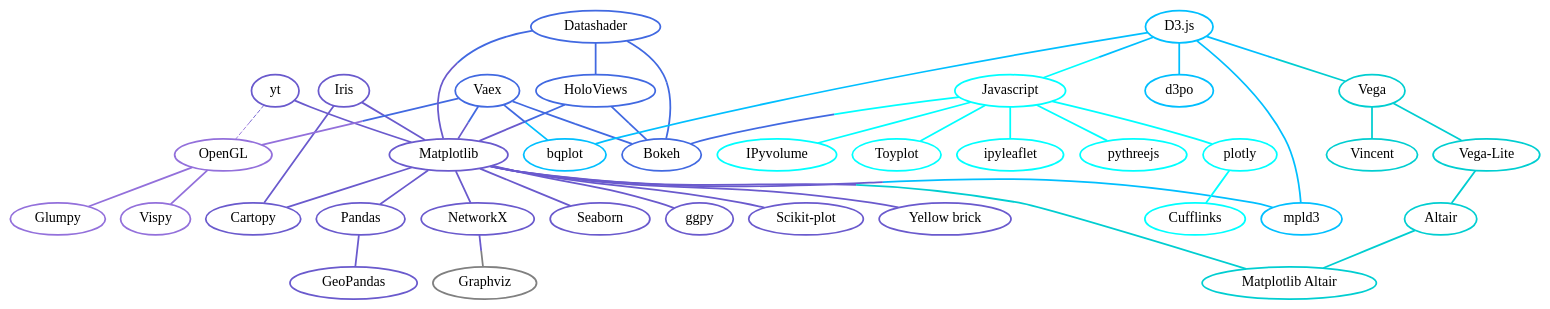
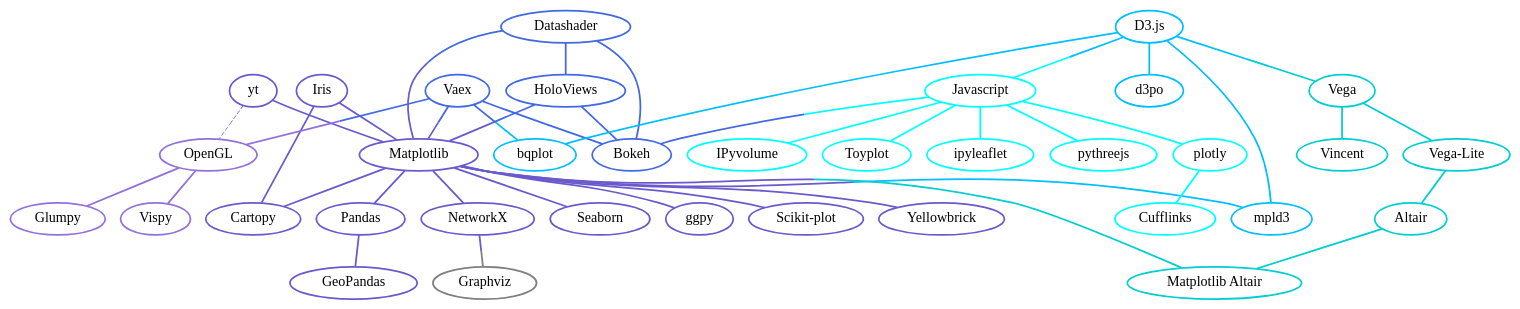
Before and after one commit to veit/jupyter-tutorial: the diagram in docs/viz/index.rst, drawn with Graphviz. The commit also changed other lines of this file, not shown here.

```diff
--- a/docs/viz/index.rst
+++ b/docs/viz/index.rst
@@ -69,8 +72,8 @@
             color="slateblue",
             target="_top",
             href="https://scikit-plot.readthedocs.io/"]
-        yellow_brick [
-            label="Yellow brick",
+        yellowbrick [
+            label="Yellowbrick",
             tooltip="Tools für die visuelle Analyse und Diagnose\nvon Scikit-learn-Projekten",
             color="slateblue",
             target="_top",
@@ -110,7 +113,7 @@
         mpl -- seaborn [color="slateblue"]
         mpl -- ggpy [color="slateblue"]
         mpl -- scikit_plot [color="slateblue"]
-        mpl -- yellow_brick [color="slateblue"]
+        mpl -- yellowbrick [color="slateblue"]
         networkx -- graphviz [color="slateblue;0.5:gray"]
         mpl -- networkx [color="slateblue"]
         mpl -- cartopy [color="slateblue"]
@@ -205,7 +208,7 @@
             tooltip="High-level-Grammatik für\nkomplexe Vega-Anwendungen",
             color="darkturquoise",
             target="_top",
-            href="https://bqplot.readthedocs.io/"]
+            href="https://github.com/vega/vega-lite"]
         altair [
             label="Altair",
             tooltip="Deklarative Visualisierung\nin Python",
```
